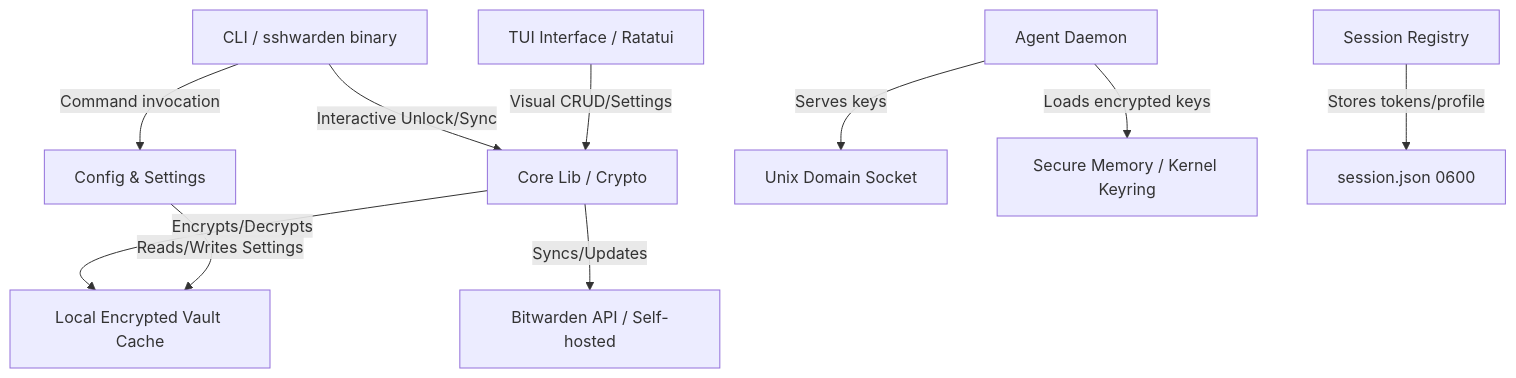
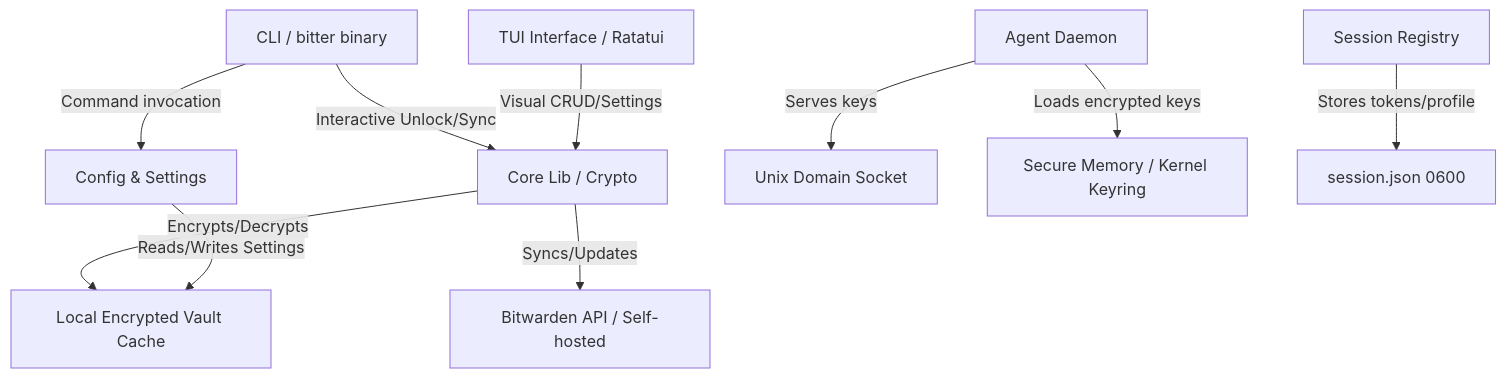
One commit to axyn45/bitter changed the diagram in docs/plan.md. Above: the diagram before and after it, drawn with Mermaid. The commit also changed other lines of this file and 10 other files, not shown here.

Commit message:
refactor: rename project from sshwarden to bitter systemwide

````diff
--- a/docs/plan.md
+++ b/docs/plan.md
@@ -35,12 +35,12 @@
 ```mermaid
 graph TD
-    CLI[CLI / sshwarden binary] -->|Command invocation| Config[Config & Settings]
+    CLI[CLI / bitter binary] -->|Command invocation| Config[Config & Settings]
     CLI -->|Interactive Unlock/Sync| Core[Core Lib / Crypto]
     Daemon[Agent Daemon] -->|Serves keys| Socket[Unix Domain Socket]
     Daemon -->|Loads encrypted keys| SecureMem[Secure Memory / Kernel Keyring]
     Core -->|Syncs/Updates| BW_API[Bitwarden API / Self-hosted]
     Core -->|Encrypts/Decrypts| DB[Local Encrypted Vault Cache]
     Config -->|Reads/Writes Settings| DB
     Session[Session Registry] -->|Stores tokens/profile| SessionStore[session.json 0600]
     TUI[TUI Interface / Ratatui] -->|Visual CRUD/Settings| Core
 ```
````
